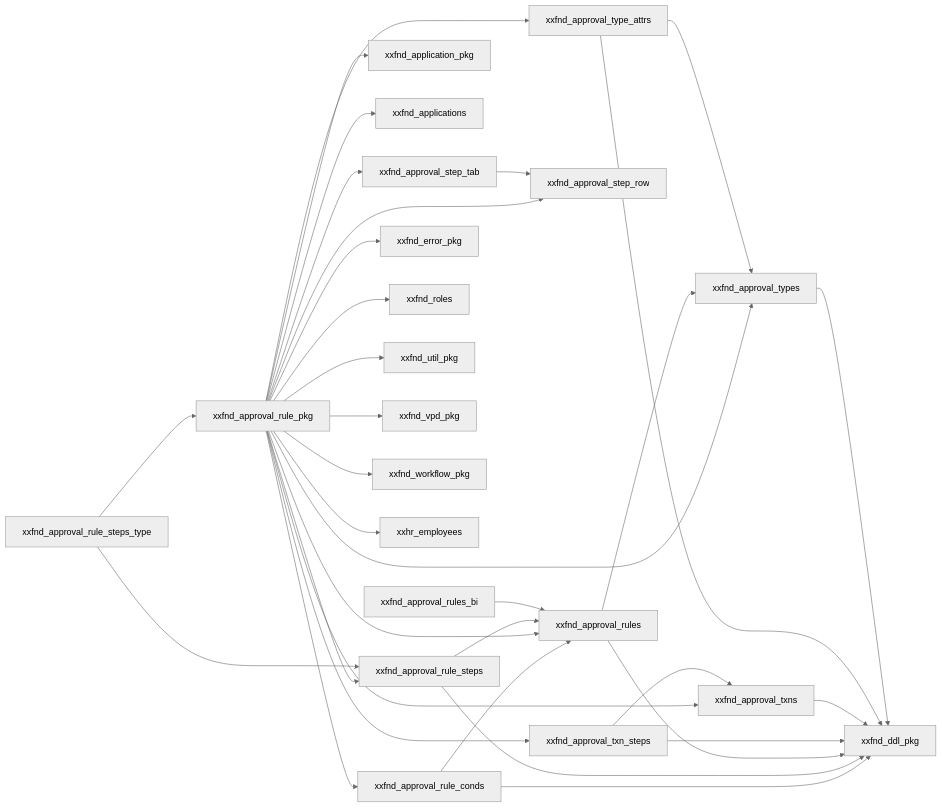
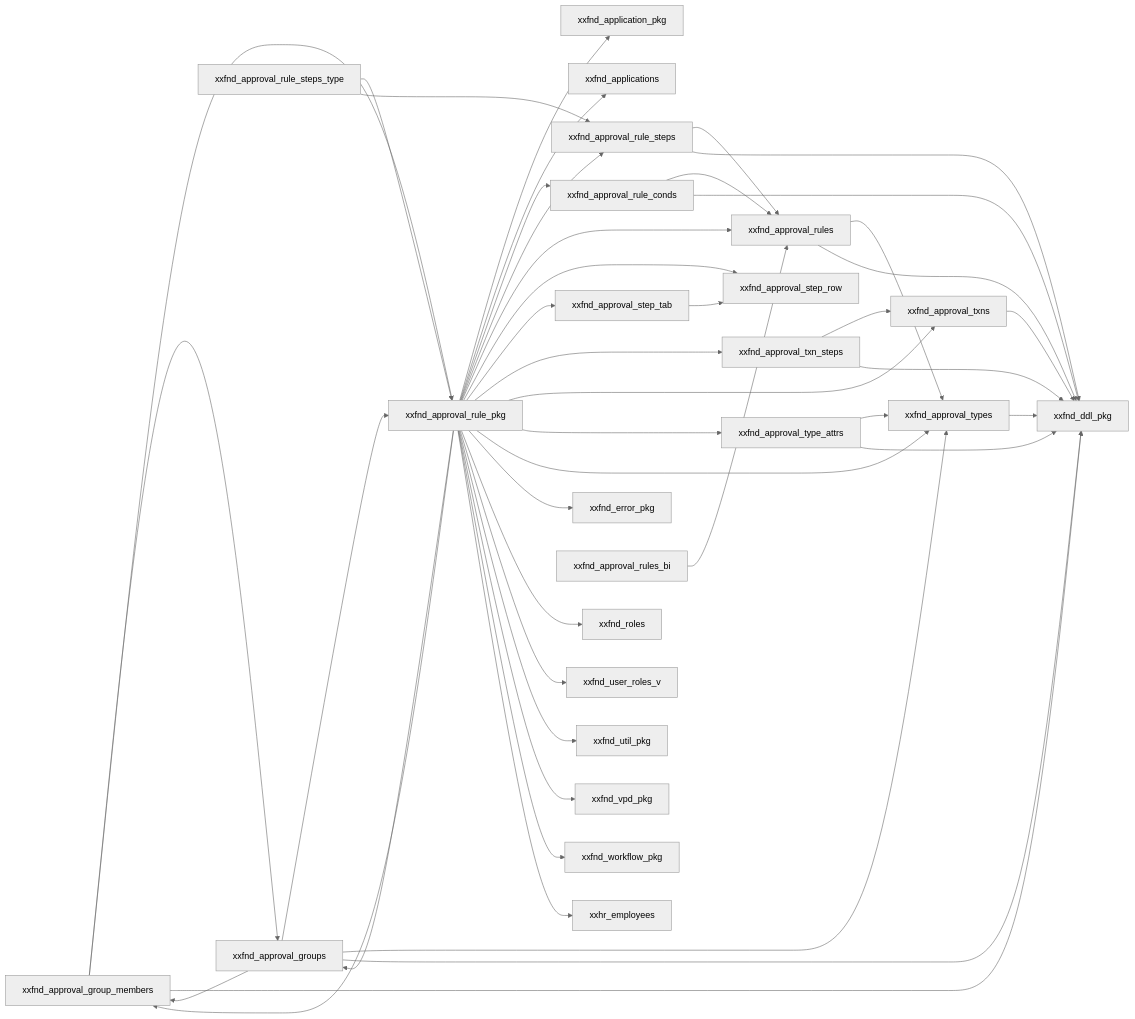
The diagram in repos/common/db/deploy/diagrams/approval-setup.md (mazharr-hussain/KycReport), drawn with Mermaid (neutral theme) before and after one commit. The commit also changed 213 other files, not shown here.

First line of the commit message:
COMMON 113: process catalogue per process, approval groups, page 121/104 fixes

````diff
--- a/repos/common/db/deploy/diagrams/approval-setup.md
+++ b/repos/common/db/deploy/diagrams/approval-setup.md
@@ -3,36 +3,46 @@
 ```mermaid
 graph LR
+    xxfnd_approval_group_members --> xxfnd_approval_groups
+    xxfnd_approval_group_members --> xxfnd_approval_rule_pkg
+    xxfnd_approval_group_members --> xxfnd_ddl_pkg
+    xxfnd_approval_groups --> xxfnd_approval_group_members
+    xxfnd_approval_groups --> xxfnd_approval_rule_pkg
+    xxfnd_approval_groups --> xxfnd_approval_types
+    xxfnd_approval_groups --> xxfnd_ddl_pkg
     xxfnd_approval_rule_conds --> xxfnd_approval_rules
     xxfnd_approval_rule_conds --> xxfnd_ddl_pkg
     xxfnd_approval_rule_pkg --> xxfnd_application_pkg
     xxfnd_approval_rule_pkg --> xxfnd_applications
+    xxfnd_approval_rule_pkg --> xxfnd_approval_group_members
+    xxfnd_approval_rule_pkg --> xxfnd_approval_groups
     xxfnd_approval_rule_pkg --> xxfnd_approval_rule_conds
     xxfnd_approval_rule_pkg --> xxfnd_approval_rule_steps
     xxfnd_approval_rule_pkg --> xxfnd_approval_rules
     xxfnd_approval_rule_pkg --> xxfnd_approval_step_row
     xxfnd_approval_rule_pkg --> xxfnd_approval_step_tab
     xxfnd_approval_rule_pkg --> xxfnd_approval_txn_steps
     xxfnd_approval_rule_pkg --> xxfnd_approval_txns
     xxfnd_approval_rule_pkg --> xxfnd_approval_type_attrs
     xxfnd_approval_rule_pkg --> xxfnd_approval_types
     xxfnd_approval_rule_pkg --> xxfnd_error_pkg
     xxfnd_approval_rule_pkg --> xxfnd_roles
+    xxfnd_approval_rule_pkg --> xxfnd_user_roles_v
     xxfnd_approval_rule_pkg --> xxfnd_util_pkg
     xxfnd_approval_rule_pkg --> xxfnd_vpd_pkg
     xxfnd_approval_rule_pkg --> xxfnd_workflow_pkg
     xxfnd_approval_rule_pkg --> xxhr_employees
     xxfnd_approval_rule_steps --> xxfnd_approval_rules
     xxfnd_approval_rule_steps --> xxfnd_ddl_pkg
     xxfnd_approval_rule_steps_type --> xxfnd_approval_rule_pkg
     xxfnd_approval_rule_steps_type --> xxfnd_approval_rule_steps
     xxfnd_approval_rules --> xxfnd_approval_types
     xxfnd_approval_rules --> xxfnd_ddl_pkg
     xxfnd_approval_rules_bi --> xxfnd_approval_rules
     xxfnd_approval_step_tab --> xxfnd_approval_step_row
     xxfnd_approval_txn_steps --> xxfnd_approval_txns
     xxfnd_approval_txn_steps --> xxfnd_ddl_pkg
     xxfnd_approval_txns --> xxfnd_ddl_pkg
     xxfnd_approval_type_attrs --> xxfnd_approval_types
     xxfnd_approval_type_attrs --> xxfnd_ddl_pkg
     xxfnd_approval_types --> xxfnd_ddl_pkg
 ```
````
